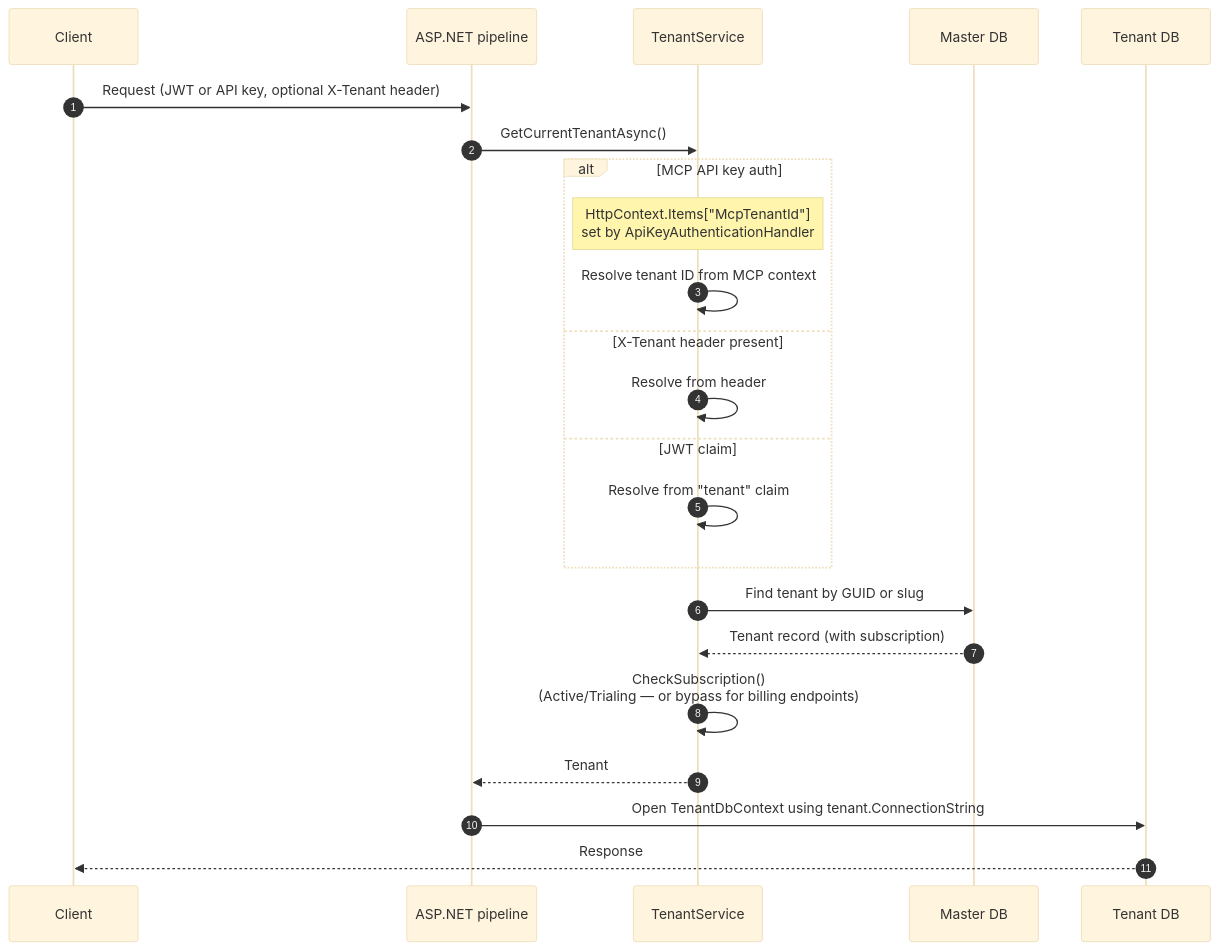
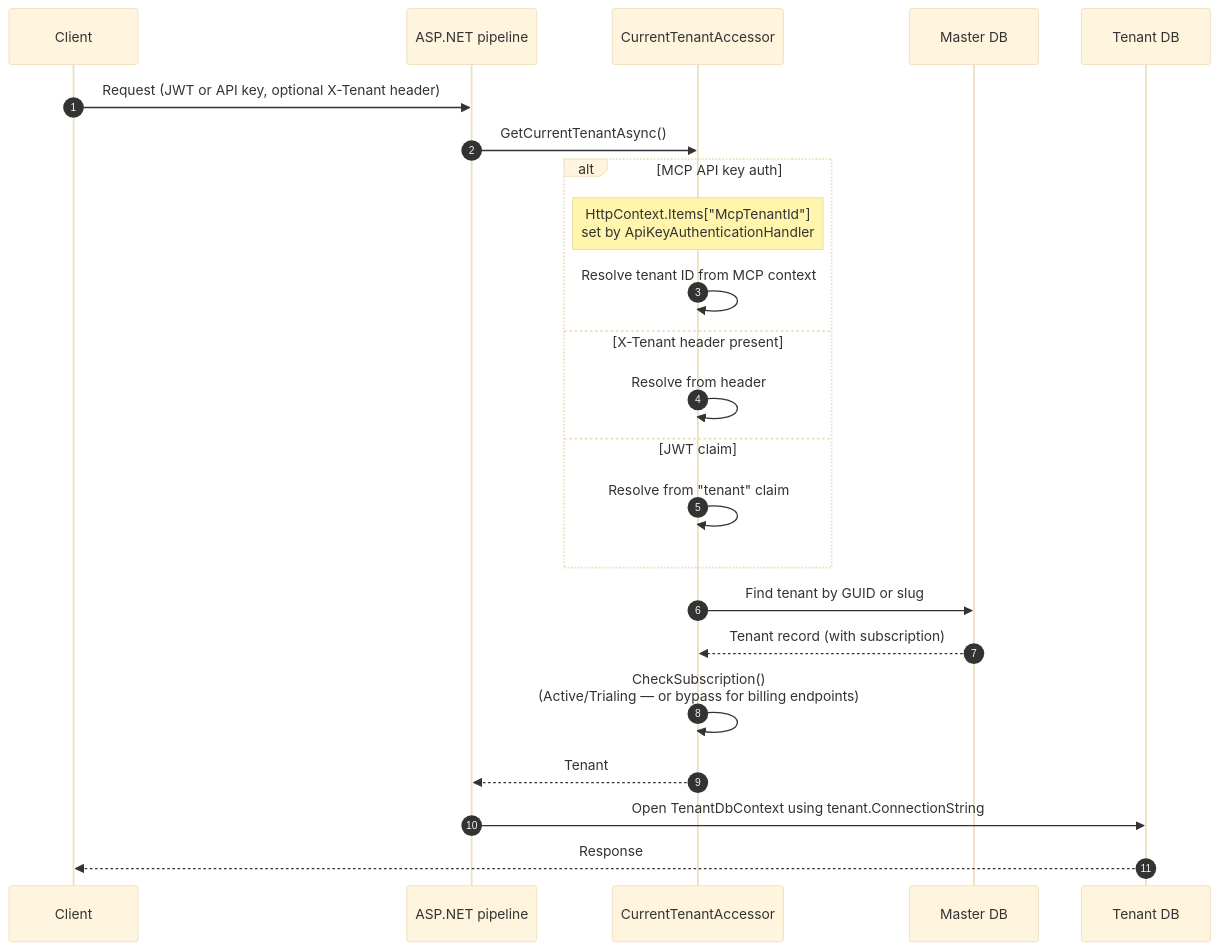
Before and after one commit to ehtick/logistics-app: the second of 3 diagrams in docs/architecture/multi-tenancy.md, drawn with Mermaid (base theme). The commit also changed other lines of this file and 334 other files, not shown here.

First line of the commit message:
Refactor architecture and clean up codebase (#43)

````diff
--- a/docs/architecture/multi-tenancy.md
+++ b/docs/architecture/multi-tenancy.md
@@ -80,28 +80,28 @@
 ```mermaid
 sequenceDiagram
     autonumber
     participant Client
     participant Mw as ASP.NET pipeline
-    participant TS as TenantService
+    participant TS as CurrentTenantAccessor
     participant Master as Master DB
     participant TDb as Tenant DB
 
     Client->>Mw: Request (JWT or API key, optional X-Tenant header)
     Mw->>TS: GetCurrentTenantAsync()
 
     alt MCP API key auth
         Note over TS: HttpContext.Items["McpTenantId"]<br/>set by ApiKeyAuthenticationHandler
         TS->>TS: Resolve tenant ID from MCP context
     else X-Tenant header present
         TS->>TS: Resolve from header
     else JWT claim
         TS->>TS: Resolve from "tenant" claim
     end
 
     TS->>Master: Find tenant by GUID or slug
     Master-->>TS: Tenant record (with subscription)
     TS->>TS: CheckSubscription()<br/>(Active/Trialing — or bypass for billing endpoints)
     TS-->>Mw: Tenant
     Mw->>TDb: Open TenantDbContext using tenant.ConnectionString
     TDb-->>Client: Response
 ```
````
